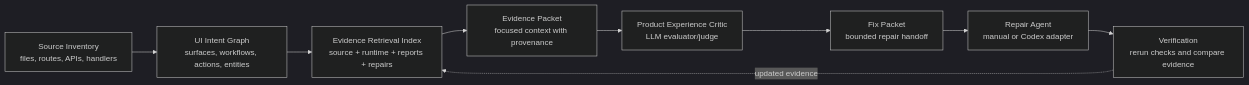
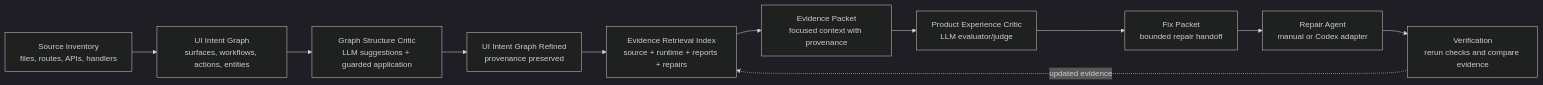
Before and after one commit to TaimurKhaliq/sniffer: the diagram in README.md, drawn with Mermaid (dark theme). The commit also changed other lines of this file and 20 other files, not shown here.

Commit message:
Add graph refiner and agent model dashboard

````diff
--- a/README.md
+++ b/README.md
@@ -196,11 +196,13 @@
 ```mermaid
 flowchart LR
   A["Source Inventory<br/>files, routes, APIs, handlers"] --> B["UI Intent Graph<br/>surfaces, workflows, actions, entities"]
-  B --> C["Evidence Retrieval Index<br/>source + runtime + reports + repairs"]
-  C --> D["Evidence Packet<br/>focused context with provenance"]
-  D --> E["Product Experience Critic<br/>LLM evaluator/judge"]
-  E --> F["Fix Packet<br/>bounded repair handoff"]
-  F --> G["Repair Agent<br/>manual or Codex adapter"]
-  G --> H["Verification<br/>rerun checks and compare evidence"]
-  H -. "updated evidence" .-> C
+  B --> C["Graph Structure Critic<br/>LLM suggestions + guarded application"]
+  C --> D["UI Intent Graph Refined<br/>provenance preserved"]
+  D --> E["Evidence Retrieval Index<br/>source + runtime + reports + repairs"]
+  E --> F["Evidence Packet<br/>focused context with provenance"]
+  F --> G["Product Experience Critic<br/>LLM evaluator/judge"]
+  G --> H["Fix Packet<br/>bounded repair handoff"]
+  H --> I["Repair Agent<br/>manual or Codex adapter"]
+  I --> J["Verification<br/>rerun checks and compare evidence"]
+  J -. "updated evidence" .-> E
 ```
````
